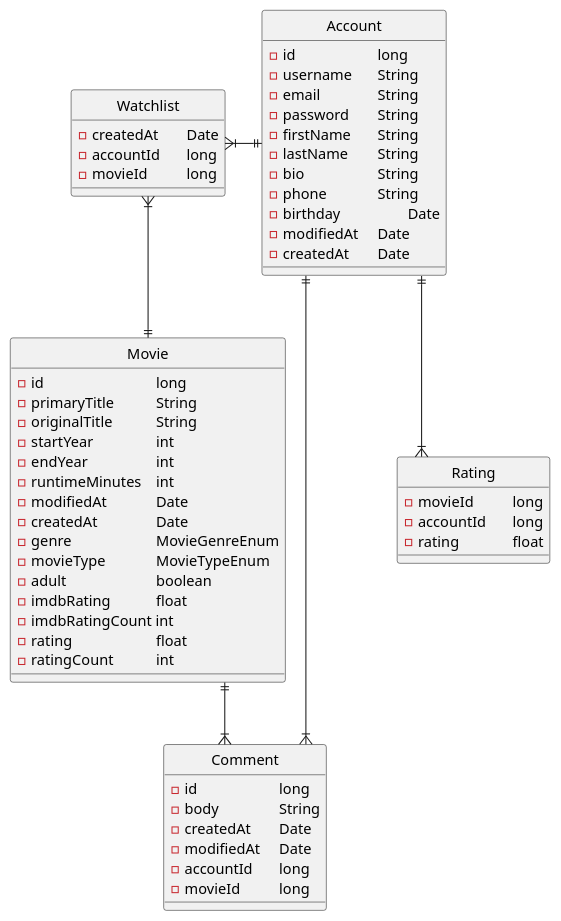
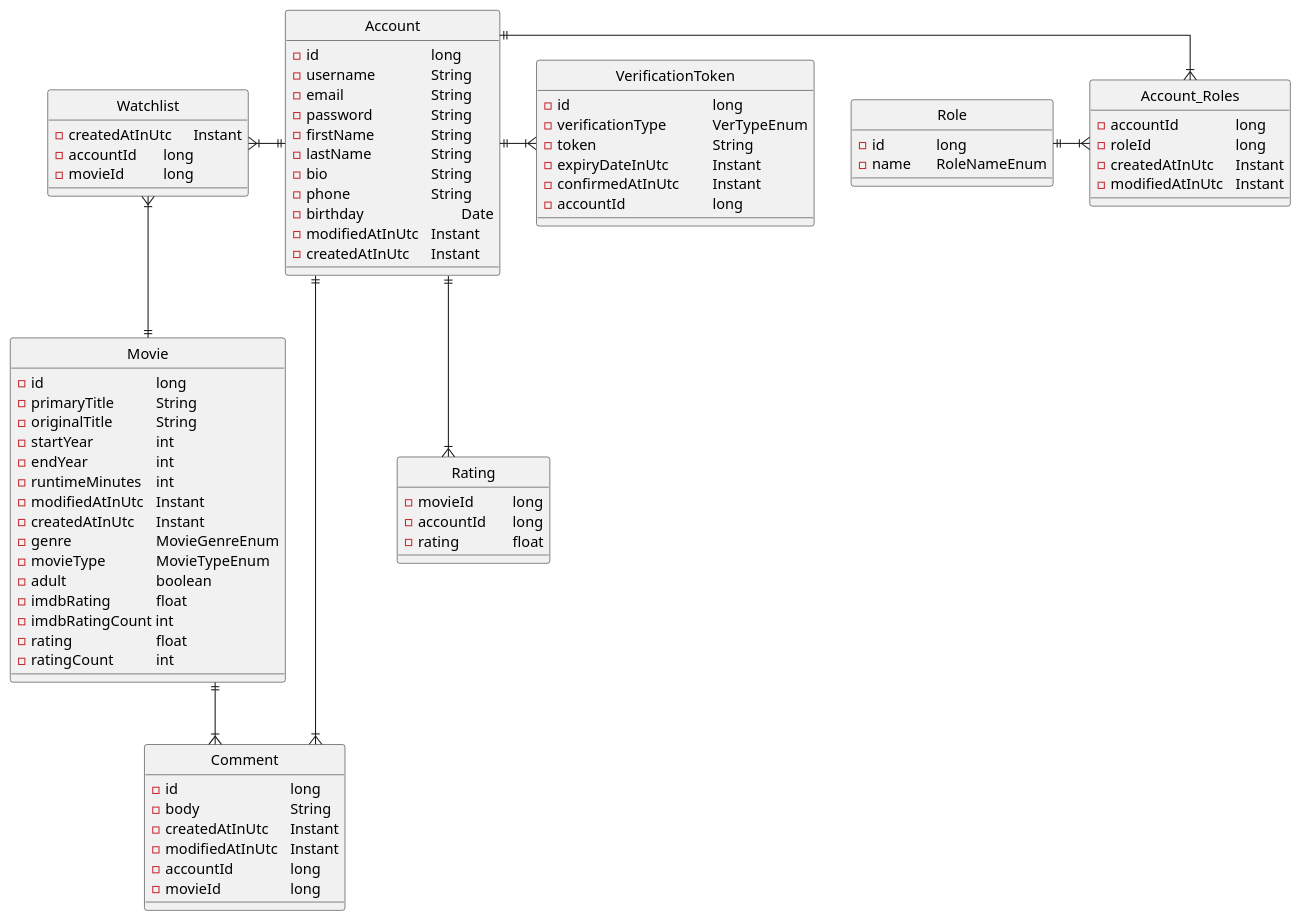
One commit to NiklasTiede/imdb-clone changed the diagram in database/datamodel.puml. Above: the diagram before and after it, drawn with PlantUML. The commit also changed 3 other files, not shown here.

```diff
--- a/database/datamodel.puml
+++ b/database/datamodel.puml
@@ -1,66 +1,92 @@
 @startuml
+
 
 skinparam linetype polyline
 skinparam linetype ortho
 
 hide circle
 class Movie {
   - id \t\t\t\t long
   - primaryTitle \t\t String
   - originalTitle \t\t String
   - startYear \t\t int
   - endYear \t\t int
   - runtimeMinutes \t int
-  - modifiedAt \t\t Date
-  - createdAt \t\t Date
+  - modifiedAtInUtc \t Instant
+  - createdAtInUtc \t Instant
   - genre \t\t\t MovieGenreEnum
   - movieType \t\t MovieTypeEnum
   - adult \t\t\t boolean
   - imdbRating \t\t float
   - imdbRatingCount int
   - rating \t\t\t float
   - ratingCount \t\t int
 }
 
 class Account {
-  - id \t\t\t long
-  - username \t String
-  - email \t\t String
-  - password \t String
-  - firstName \t String
-  - lastName \t String
-  - bio \t\t\t String
-  - phone \t\t String
-  - birthday \t\t Date
-  - modifiedAt \t Date
-  - createdAt \t Date
+  - id \t\t\t\t long
+  - username \t\t String
+  - email \t\t\t String
+  - password \t\t String
+  - firstName \t\t String
+  - lastName \t\t String
+  - bio \t\t\t\t String
+  - phone \t\t\t String
+  - birthday \t\t\t Date
+  - modifiedAtInUtc \t Instant
+  - createdAtInUtc \t Instant
 }
 
 class Rating {
   - movieId \t\t long
   - accountId \t long
   - rating \t\t float
 }
 
 class Comment {
-  - id \t\t\t long
-  - body \t\t String
-  - createdAt \t Date
-  - modifiedAt \t Date
+  - id \t\t\t\t long
+  - body \t\t\t String
+  - createdAtInUtc \t Instant
+  - modifiedAtInUtc \t Instant
+  - accountId \t\t long
+  - movieId \t\t\t long
+}
+
+class Watchlist {
+  - createdAtInUtc \t Instant
   - accountId \t long
   - movieId \t\t long
 }
 
-class Watchlist {
-  - createdAt \t Date
-  - accountId \t long
-  - movieId \t\t long
+class Role {
+  - id \t\t long
+  - name \t RoleNameEnum
+}
+
+class Account_Roles {
+  - accountId \t\t long
+  - roleId \t\t\t long
+  - createdAtInUtc \t Instant
+  - modifiedAtInUtc \t Instant
+}
+
+
+class VerificationToken {
+  - id \t\t\t\t\t long
+  - verificationType \t\t VerTypeEnum
+  - token \t\t\t\t String
+  - expiryDateInUtc \t\t Instant
+  - confirmedAtInUtc \t Instant
+  - accountId \t\t\t long
 }
 
 Account ||-down-|{ Rating
 Account ||-left-|{ Watchlist
 Account ||-right-|{ Comment
+Account ||-right-|{ Account_Roles
+Role ||-right-|{ Account_Roles
+Account ||-right-|{ VerificationToken
 Movie ||-down-|{ Comment
 Movie ||-up-|{ Watchlist
 
 @enduml
```
